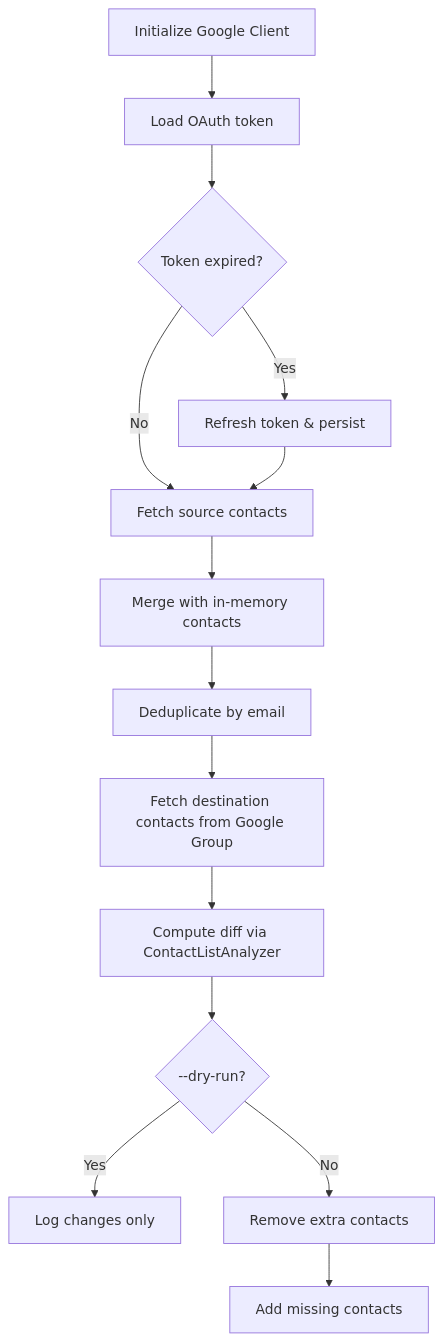
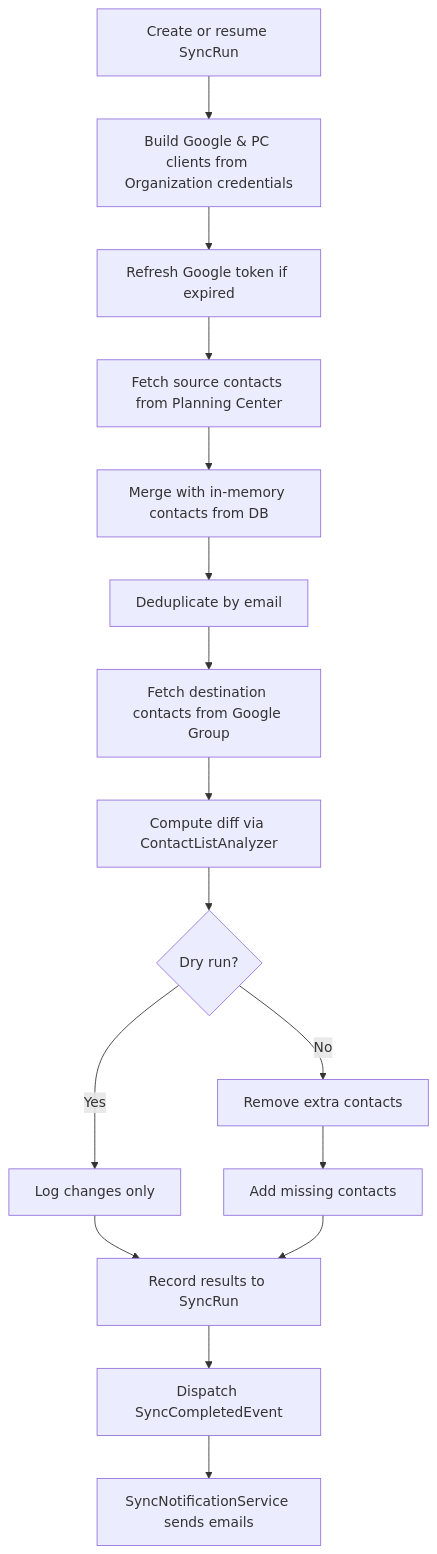
Before and after one commit to nrutman/contacts-sync-web: the second of 2 diagrams in src/README.md, drawn with Mermaid. The commit also changed other lines of this file and 14 other files, not shown here.

````diff
--- a/src/README.md
+++ b/src/README.md
@@ -33,16 +56,18 @@
 ```mermaid
 flowchart TD
-    A[Initialize Google Client] --> B[Load OAuth token]
-    B --> C{Token expired?}
-    C -->|Yes| D[Refresh token & persist]
-    C -->|No| E[Fetch source contacts]
-    D --> E
-    E --> F[Merge with in-memory contacts]
-    F --> G[Deduplicate by email]
-    G --> H[Fetch destination contacts from Google Group]
-    H --> I[Compute diff via ContactListAnalyzer]
-    I --> J{--dry-run?}
-    J -->|Yes| K[Log changes only]
-    J -->|No| L[Remove extra contacts]
-    L --> M[Add missing contacts]
+    A[Create or resume SyncRun] --> B[Build Google & PC clients from Organization credentials]
+    B --> C[Refresh Google token if expired]
+    C --> D[Fetch source contacts from Planning Center]
+    D --> E[Merge with in-memory contacts from DB]
+    E --> F[Deduplicate by email]
+    F --> G[Fetch destination contacts from Google Group]
+    G --> H[Compute diff via ContactListAnalyzer]
+    H --> I{Dry run?}
+    I -->|Yes| J[Log changes only]
+    I -->|No| K[Remove extra contacts]
+    K --> L[Add missing contacts]
+    J --> M[Record results to SyncRun]
+    L --> M
+    M --> N[Dispatch SyncCompletedEvent]
+    N --> O[SyncNotificationService sends emails]
 ```
````
